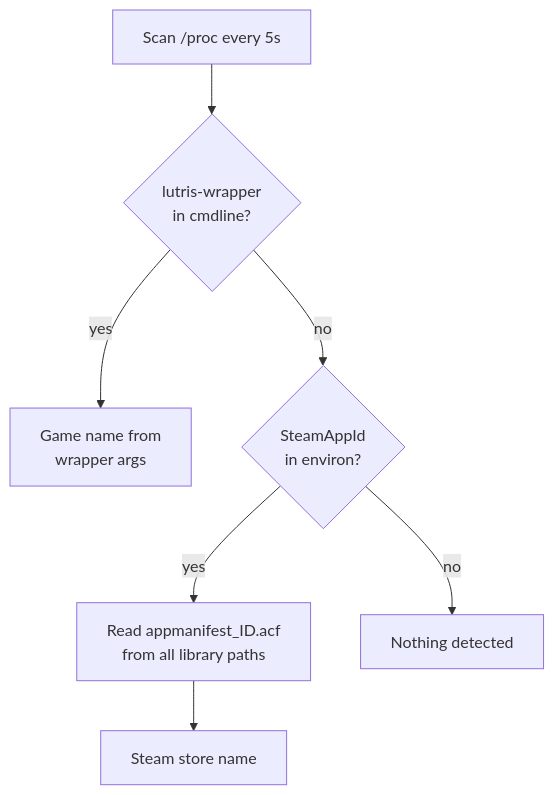
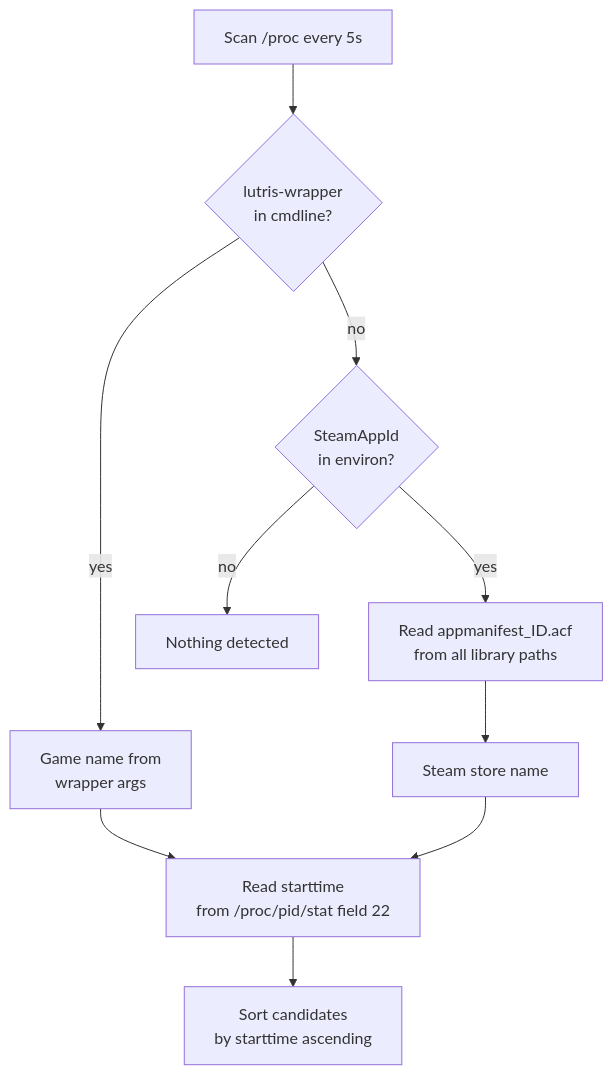
One commit to jayng9663/VN-Presence changed the second of 5 diagrams in README.md. Above: the diagram before and after it, drawn with Mermaid. The commit also changed other lines of this file, not shown here.

Commit message:
docs: document starttime field and candidate sort-by-starttime

````diff
--- a/README.md
+++ b/README.md
@@ -56,10 +56,13 @@
 ```mermaid
 flowchart TD
     P[Scan /proc every 5s]
     P --> L{lutris-wrapper\nin cmdline?}
     L -- yes --> LN[Game name from\nwrapper args]
     L -- no --> S{SteamAppId\nin environ?}
     S -- yes --> SA[Read appmanifest_ID.acf\nfrom all library paths]
     SA --> SN[Steam store name]
     S -- no --> NONE[Nothing detected]
+    LN --> ST[Read starttime\nfrom /proc/pid/stat field 22]
+    SN --> ST
+    ST --> SORT[Sort candidates\nby starttime ascending]
 ```
````
